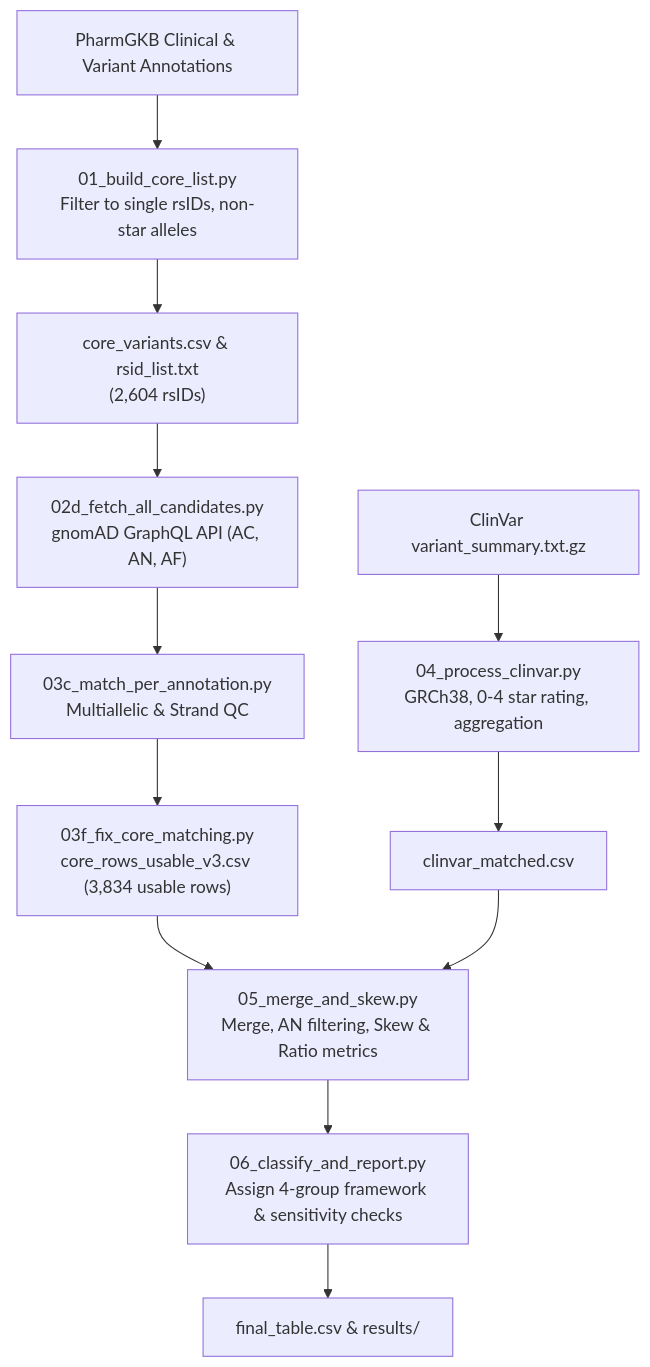
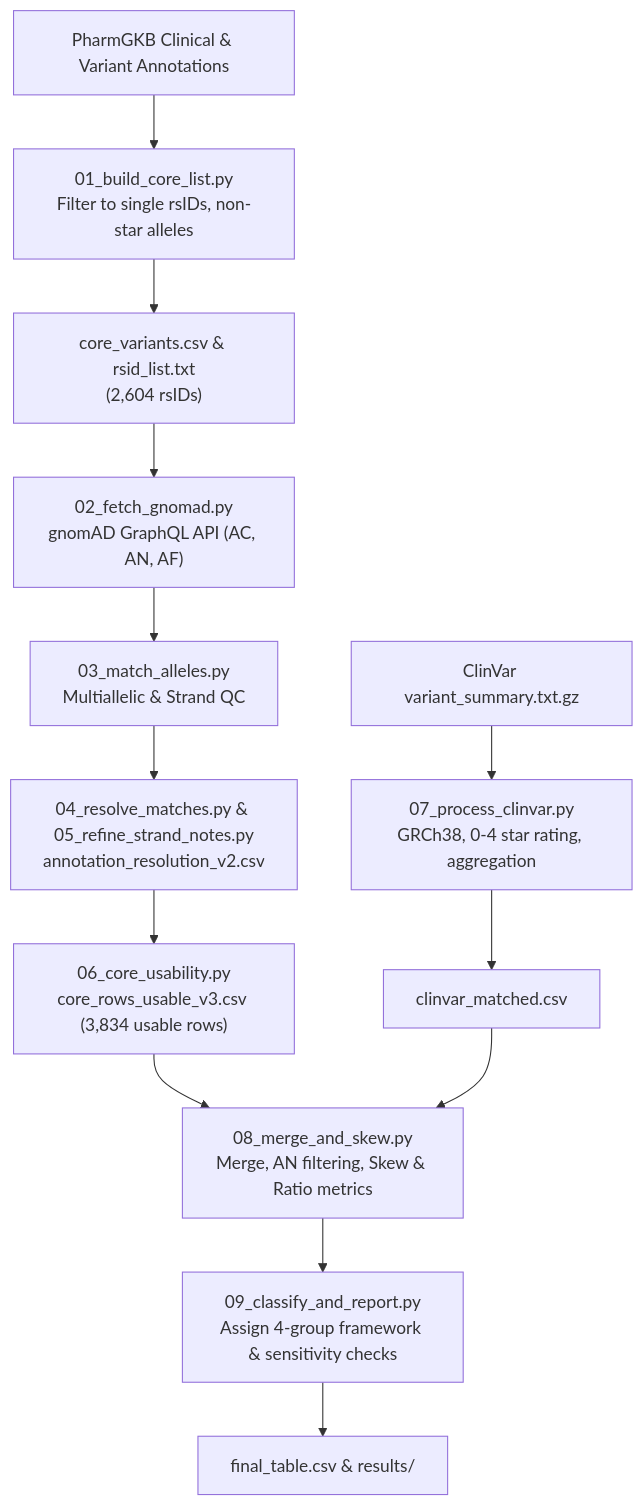
The diagram in README.md (HemashreeJelli/BioDB), drawn with Mermaid before and after one commit. The commit also changed other lines of this file and 83 other files, not shown here.

Commit message:
Pipeline cleanup: renumber scripts 01-09, fix skew/ClinVar/dedup issues, refresh outputs

````diff
--- a/README.md
+++ b/README.md
@@ -52,14 +54,15 @@
 ```mermaid
 flowchart TD
     A["PharmGKB Clinical & Variant Annotations"] --> B["01_build_core_list.py<br/>Filter to single rsIDs, non-star alleles"]
     B --> C["core_variants.csv & rsid_list.txt<br/>(2,604 rsIDs)"]
-    C --> D["02d_fetch_all_candidates.py<br/>gnomAD GraphQL API (AC, AN, AF)"]
-    D --> E["03c_match_per_annotation.py<br/>Multiallelic & Strand QC"]
-    E --> F["03f_fix_core_matching.py<br/>core_rows_usable_v3.csv (3,834 usable rows)"]
-    G["ClinVar variant_summary.txt.gz"] --> H["04_process_clinvar.py<br/>GRCh38, 0-4 star rating, aggregation"]
+    C --> D["02_fetch_gnomad.py<br/>gnomAD GraphQL API (AC, AN, AF)"]
+    D --> E["03_match_alleles.py<br/>Multiallelic & Strand QC"]
+    E --> E2["04_resolve_matches.py & 05_refine_strand_notes.py<br/>annotation_resolution_v2.csv"]
+    E2 --> F["06_core_usability.py<br/>core_rows_usable_v3.csv (3,834 usable rows)"]
+    G["ClinVar variant_summary.txt.gz"] --> H["07_process_clinvar.py<br/>GRCh38, 0-4 star rating, aggregation"]
     H --> I["clinvar_matched.csv"]
-    F --> J["05_merge_and_skew.py<br/>Merge, AN filtering, Skew & Ratio metrics"]
+    F --> J["08_merge_and_skew.py<br/>Merge, AN filtering, Skew & Ratio metrics"]
     I --> J
-    J --> K["06_classify_and_report.py<br/>Assign 4-group framework & sensitivity checks"]
+    J --> K["09_classify_and_report.py<br/>Assign 4-group framework & sensitivity checks"]
     K --> L["final_table.csv & results/"]
 ```
````
